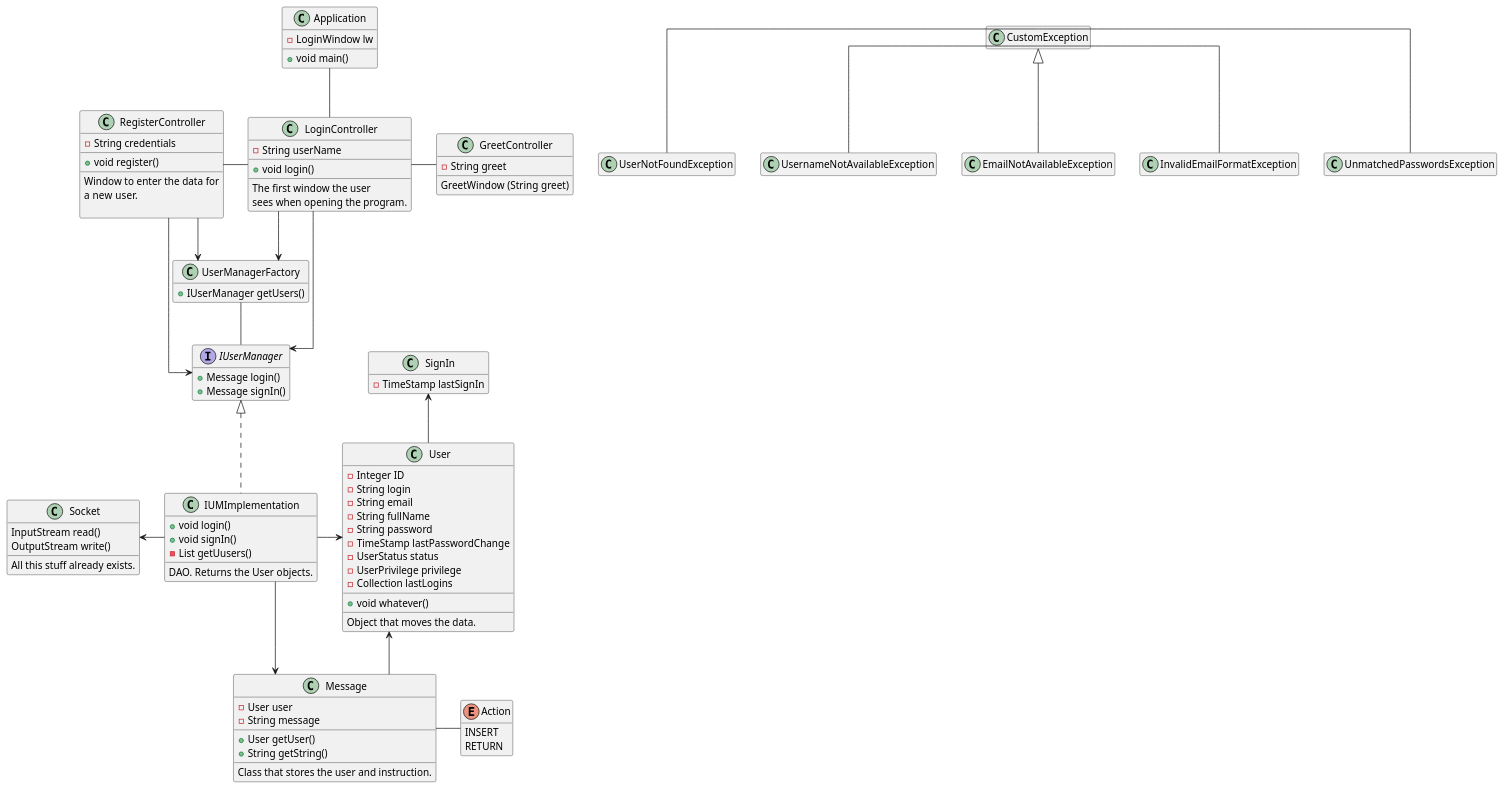
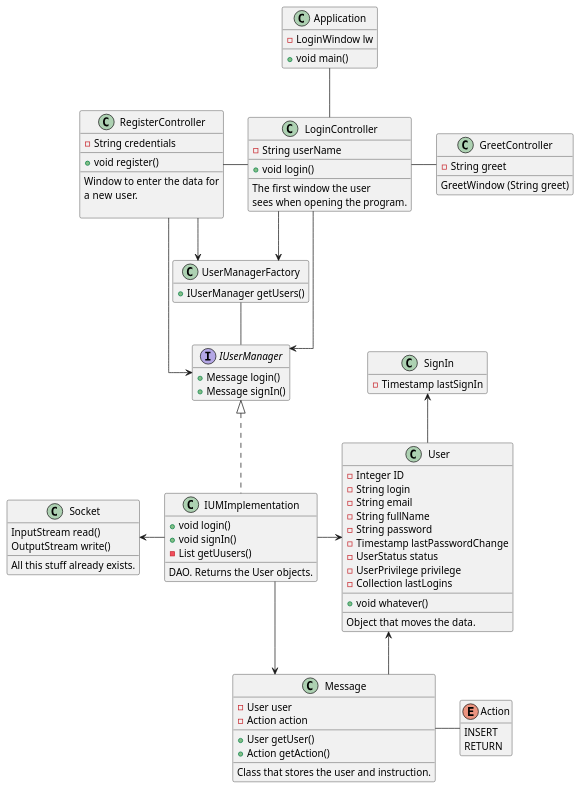
The diagram in uml/client.puml (optickx/ClientReto1), drawn with PlantUML before and after one commit. The commit also changed 5 other files, not shown here.

```diff
--- a/uml/client.puml
+++ b/uml/client.puml
@@ -1,161 +1,161 @@
 @startuml client
 /'Graphic properties
 '/
 
 skinparam linetype ortho
 skinparam groupInheritance 5
 hide empty members
 
 /'Main class
 '/
 class Application {
     -LoginWindow lw
     +void main()
 }
 
 /'Every window of the program.
 Three of them.'/
 class LoginController {
     -String userName
     __
     +void login()
     __
     The first window the user 
     sees when opening the program.
 }
 class RegisterController {
     -String credentials
     __
     +void register()
     __
     Window to enter the data for 
     a new user.
 
 }
 class GreetController {
     -String greet
     __
     GreetWindow (String greet)
 }
 /'Logic part of the program.
 '/
 interface IUserManager {
     +Message login()
     +Message signIn()
 }
 class IUMImplementation {
     +void login()
     +void signIn()
     -List getUusers()
     __
     DAO. Returns the User objects.
 }
 class UserManagerFactory {
     +IUserManager getUsers()
 }
 
-/'Pre-existing Java classes '/
+/'Pre-existing Java classes'/
 class Socket {
     InputStream read()
     OutputStream write()
     __
     All this stuff already exists.
 }
 /'Objects, etc
 '/
 class User {
     -Integer ID
     -String login
     -String email
     -String fullName
     -String password
-    -TimeStamp lastPasswordChange
+    -Timestamp lastPasswordChange
     -UserStatus status
     -UserPrivilege privilege
     -Collection lastLogins
     __
     +void whatever()
     __
     Object that moves the data.
 }
 class SignIn {
-    -TimeStamp lastSignIn
+    -Timestamp lastSignIn
 }
 /'Encapsulator class
 '/
 class Message {
     -User user
-    -String message
+    -Action action
     __
     +User getUser()
-    +String getString()
+    +Action getAction()
     __
     Class that stores the user and instruction.
 }
 /'types of response'/
 enum Action {
     INSERT
     RETURN
 }
 
 /'Exceptions.
 class UserNotFoundException {
 }
 class UsernameNotAvailableException {
 }
 class EmailNotAvailableException {
 }
 class InvalidEmailFormatException {
 }
 class UnmatchedPasswordsException {
 }
 '/
 
 Application -- LoginController
 
 LoginController -right- GreetController
 LoginController -left- RegisterController
 
 LoginController -down-> UserManagerFactory
 RegisterController --> UserManagerFactory
 
 LoginController --> IUserManager
 RegisterController --> IUserManager
 
 /' It looks horrible but ya have to indicate it:
 User appears in every class from view.
 '/
 
 /'
 LoginController --> User
 RegisterController --> User
 GreetController -down-> User
 '/
 
 UserManagerFactory -- IUserManager
 IUserManager <|.. IUMImplementation
 IUMImplementation -right-> User
 
 IUMImplementation -left-> Socket
 IUMImplementation --> Message
 
 User -up-> SignIn
 User <-right- Message
 Action -left- Message
 
-
+/'
 CustomException <|-- UserNotFoundException
 CustomException <|-- UsernameNotAvailableException
 CustomException <|-- EmailNotAvailableException
 CustomException <|-- InvalidEmailFormatException
 CustomException <|-- UnmatchedPasswordsException
-
+'/
 
 /'
 IUMImplementation -down- UserNotFoundException
 IUMImplementation -down- UsernameNotAvailableException
 IUMImplementation -down- EmailNotAvailableException
 InvalidEmailFormatException -right- RegisterController
 UnmatchedPasswordsException -- RegisterController
 '/
 @enduml
```
